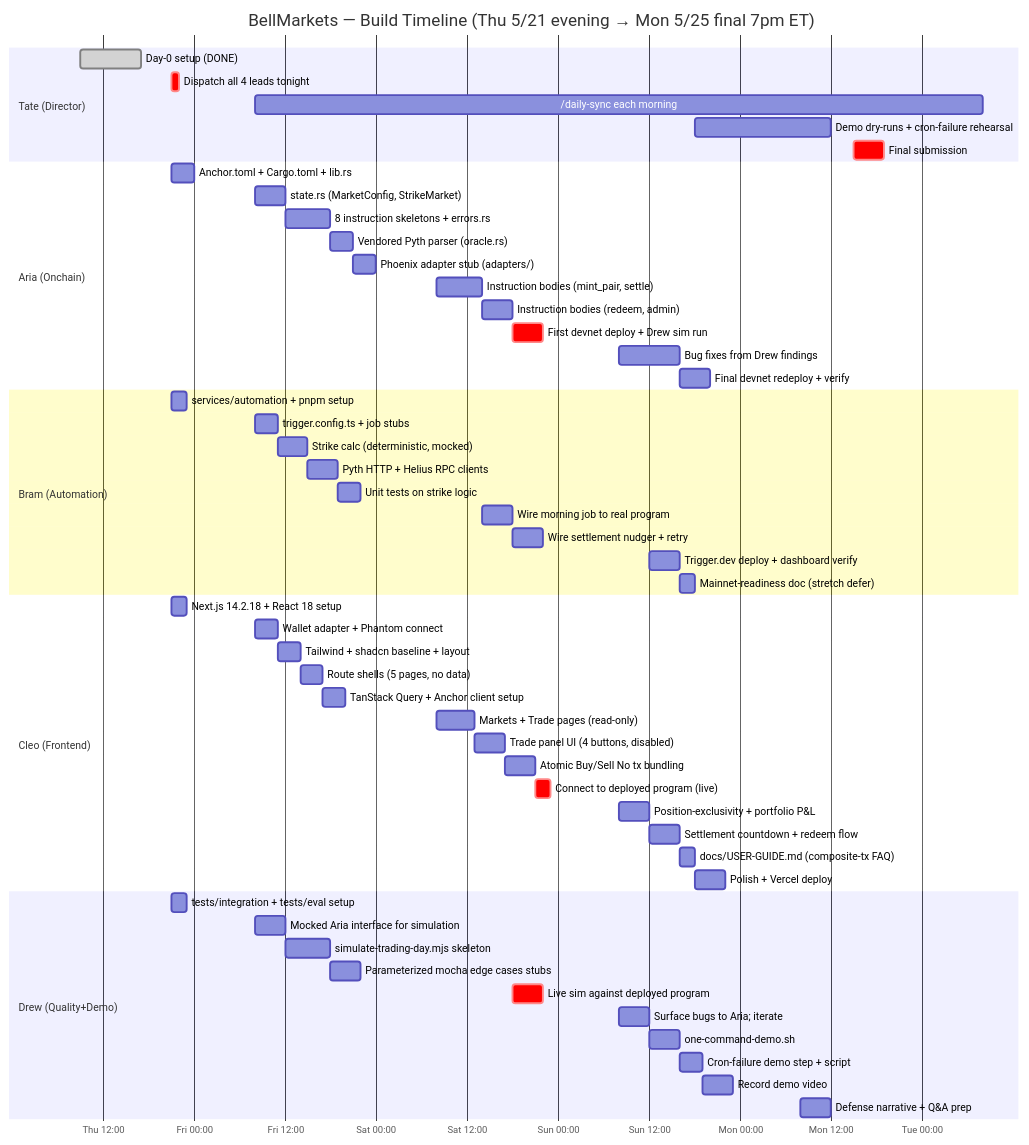
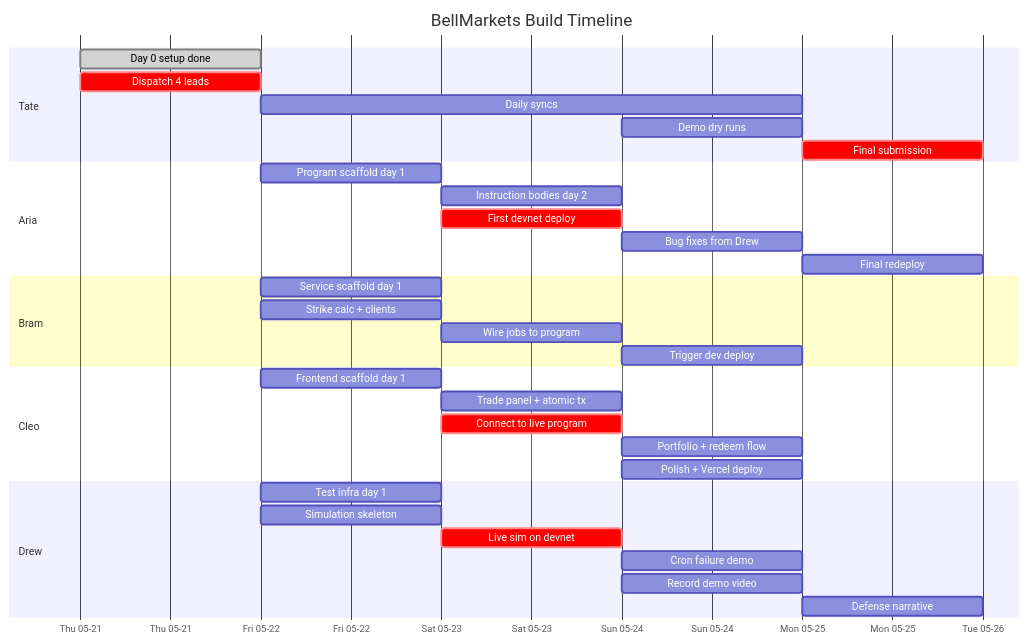
One commit to TradeUpCards/BellMarkets changed the diagram in docs/TIMELINE.md. Above: the diagram before and after it, drawn with Mermaid.

Commit message:
fix(docs): simplify Gantt to day-precision for broader Mermaid renderer compat
The previous HH:mm precision worked in Mermaid Live Editor and GitHub
but failed in Cursor's built-in renderer. Day-precision is the most
broadly supported format. Hourly detail per task moves to the per-lead
deliverables table below the Gantt — the chart was already too dense
to be the right surface for hour-level scheduling anyway.

Also removed em-dash and right-arrow from title (potential character
parsing issues across renderers). Section labels simplified.

````diff
--- a/docs/TIMELINE.md
+++ b/docs/TIMELINE.md
@@ -22,63 +22,41 @@
 ```mermaid
 gantt
-    title BellMarkets — Build Timeline (Thu 5/21 evening → Mon 5/25 final 7pm ET)
-    dateFormat YYYY-MM-DD HH:mm
-    axisFormat %a %H:%M
+    title BellMarkets Build Timeline
+    dateFormat YYYY-MM-DD
+    axisFormat %a %m-%d
 
-    section Tate (Director)
-    Day-0 setup (DONE)                    :done, t0, 2026-05-21 09:00, 8h
-    Dispatch all 4 leads tonight          :crit, t1, 2026-05-21 21:00, 1h
-    /daily-sync each morning              :t2, 2026-05-22 08:00, 4d
-    Demo dry-runs + cron-failure rehearsal:t3, 2026-05-24 18:00, 18h
-    Final submission                      :crit, t4, 2026-05-25 15:00, 4h
+    section Tate
+    Day 0 setup done             :done, t0, 2026-05-21, 1d
+    Dispatch 4 leads             :crit, t1, 2026-05-21, 1d
+    Daily syncs                  :t2, 2026-05-22, 3d
+    Demo dry runs                :t3, 2026-05-24, 1d
+    Final submission             :crit, t4, 2026-05-25, 1d
 
-    section Aria (Onchain)
-    Anchor.toml + Cargo.toml + lib.rs     :a0, 2026-05-21 21:00, 3h
-    state.rs (MarketConfig, StrikeMarket) :a1, 2026-05-22 08:00, 4h
-    8 instruction skeletons + errors.rs   :a2, 2026-05-22 12:00, 6h
-    Vendored Pyth parser (oracle.rs)      :a3, 2026-05-22 18:00, 3h
-    Phoenix adapter stub (adapters/)      :a4, 2026-05-22 21:00, 3h
-    Instruction bodies (mint_pair, settle):a5, 2026-05-23 08:00, 6h
-    Instruction bodies (redeem, admin)    :a6, 2026-05-23 14:00, 4h
-    First devnet deploy + Drew sim run    :crit, a7, 2026-05-23 18:00, 4h
-    Bug fixes from Drew findings          :a8, 2026-05-24 08:00, 8h
-    Final devnet redeploy + verify        :a9, 2026-05-24 16:00, 4h
+    section Aria
+    Program scaffold day 1       :a1, 2026-05-22, 1d
+    Instruction bodies day 2     :a2, 2026-05-23, 1d
+    First devnet deploy          :crit, a3, 2026-05-23, 1d
+    Bug fixes from Drew          :a4, 2026-05-24, 1d
+    Final redeploy               :a5, 2026-05-25, 1d
 
-    section Bram (Automation)
-    services/automation + pnpm setup      :b0, 2026-05-21 21:00, 2h
-    trigger.config.ts + job stubs         :b1, 2026-05-22 08:00, 3h
-    Strike calc (deterministic, mocked)   :b2, 2026-05-22 11:00, 4h
-    Pyth HTTP + Helius RPC clients        :b3, 2026-05-22 15:00, 4h
-    Unit tests on strike logic            :b4, 2026-05-22 19:00, 3h
-    Wire morning job to real program      :b5, 2026-05-23 14:00, 4h
-    Wire settlement nudger + retry        :b6, 2026-05-23 18:00, 4h
-    Trigger.dev deploy + dashboard verify :b7, 2026-05-24 12:00, 4h
-    Mainnet-readiness doc (stretch defer) :b8, 2026-05-24 16:00, 2h
+    section Bram
+    Service scaffold day 1       :b1, 2026-05-22, 1d
+    Strike calc + clients        :b2, 2026-05-22, 1d
+    Wire jobs to program         :b3, 2026-05-23, 1d
+    Trigger dev deploy           :b4, 2026-05-24, 1d
 
-    section Cleo (Frontend)
-    Next.js 14.2.18 + React 18 setup      :c0, 2026-05-21 21:00, 2h
-    Wallet adapter + Phantom connect      :c1, 2026-05-22 08:00, 3h
-    Tailwind + shadcn baseline + layout   :c2, 2026-05-22 11:00, 3h
-    Route shells (5 pages, no data)       :c3, 2026-05-22 14:00, 3h
-    TanStack Query + Anchor client setup  :c4, 2026-05-22 17:00, 3h
-    Markets + Trade pages (read-only)     :c5, 2026-05-23 08:00, 5h
-    Trade panel UI (4 buttons, disabled)  :c6, 2026-05-23 13:00, 4h
-    Atomic Buy/Sell No tx bundling        :c7, 2026-05-23 17:00, 4h
-    Connect to deployed program (live)    :crit, c8, 2026-05-23 21:00, 2h
-    Position-exclusivity + portfolio P&L  :c9, 2026-05-24 08:00, 4h
-    Settlement countdown + redeem flow    :c10, 2026-05-24 12:00, 4h
-    docs/USER-GUIDE.md (composite-tx FAQ) :c11, 2026-05-24 16:00, 2h
-    Polish + Vercel deploy                :c12, 2026-05-24 18:00, 4h
+    section Cleo
+    Frontend scaffold day 1      :c1, 2026-05-22, 1d
+    Trade panel + atomic tx      :c2, 2026-05-23, 1d
+    Connect to live program      :crit, c3, 2026-05-23, 1d
+    Portfolio + redeem flow      :c4, 2026-05-24, 1d
+    Polish + Vercel deploy       :c5, 2026-05-24, 1d
 
-    section Drew (Quality+Demo)
-    tests/integration + tests/eval setup  :d0, 2026-05-21 21:00, 2h
-    Mocked Aria interface for simulation  :d1, 2026-05-22 08:00, 4h
-    simulate-trading-day.mjs skeleton     :d2, 2026-05-22 12:00, 6h
-    Parameterized mocha edge cases stubs  :d3, 2026-05-22 18:00, 4h
-    Live sim against deployed program     :crit, d4, 2026-05-23 18:00, 4h
-    Surface bugs to Aria; iterate         :d5, 2026-05-24 08:00, 4h
-    one-command-demo.sh                   :d6, 2026-05-24 12:00, 4h
-    Cron-failure demo step + script       :d7, 2026-05-24 16:00, 3h
-    Record demo video                     :d8, 2026-05-24 19:00, 4h
-    Defense narrative + Q&A prep          :d9, 2026-05-25 08:00, 4h
+    section Drew
+    Test infra day 1             :d1, 2026-05-22, 1d
+    Simulation skeleton          :d2, 2026-05-22, 1d
+    Live sim on devnet           :crit, d3, 2026-05-23, 1d
+    Cron failure demo            :d4, 2026-05-24, 1d
+    Record demo video            :d5, 2026-05-24, 1d
+    Defense narrative            :d6, 2026-05-25, 1d
 ```
````
